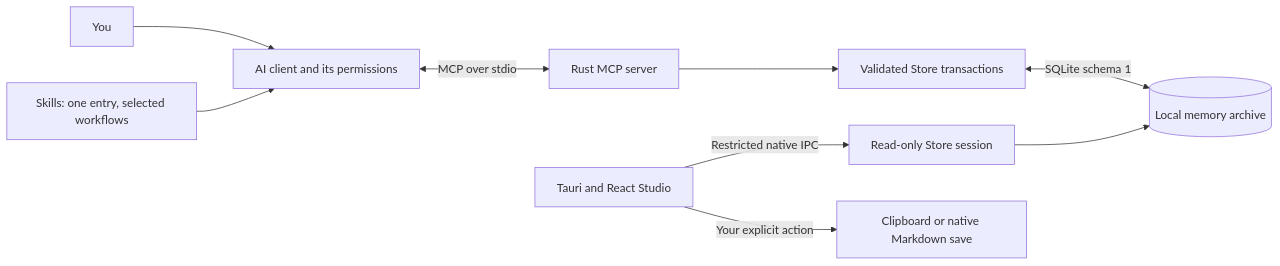
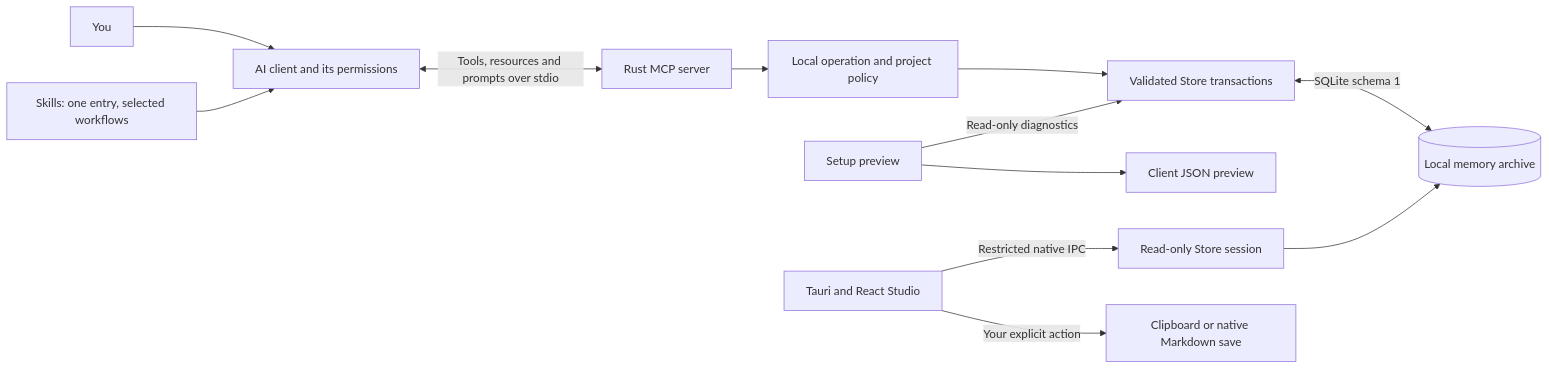
The first of 2 diagrams in docs/architecture.md (CharlieJamesGwapo/project-memory-mcp), drawn with Mermaid before and after one commit. The commit also changed other lines of this file and 71 other files, not shown here.

Commit message:
Add guided setup, Studio evidence views and MCP resources for 0.5.0

````diff
--- a/docs/architecture.md
+++ b/docs/architecture.md
@@ -5,11 +5,14 @@
 ```mermaid
 flowchart LR
   User[You] --> Host[AI client and its permissions]
   Skills[Skills: one entry, selected workflows] --> Host
-  Host <-->|MCP over stdio| Server[Rust MCP server]
-  Server --> Store[Validated Store transactions]
+  Host <-->|Tools, resources and prompts over stdio| Server[Rust MCP server]
+  Server --> Policy[Local operation and project policy]
+  Policy --> Store[Validated Store transactions]
+  Setup[Setup preview] -->|Read-only diagnostics| Store
+  Setup --> Config[Client JSON preview]
   Store <-->|SQLite schema 1| DB[(Local memory archive)]
   Studio[Tauri and React Studio] -->|Restricted native IPC| Read[Read-only Store session]
   Read --> DB
   Studio -->|Your explicit action| Export[Clipboard or native Markdown save]
 ```
````
